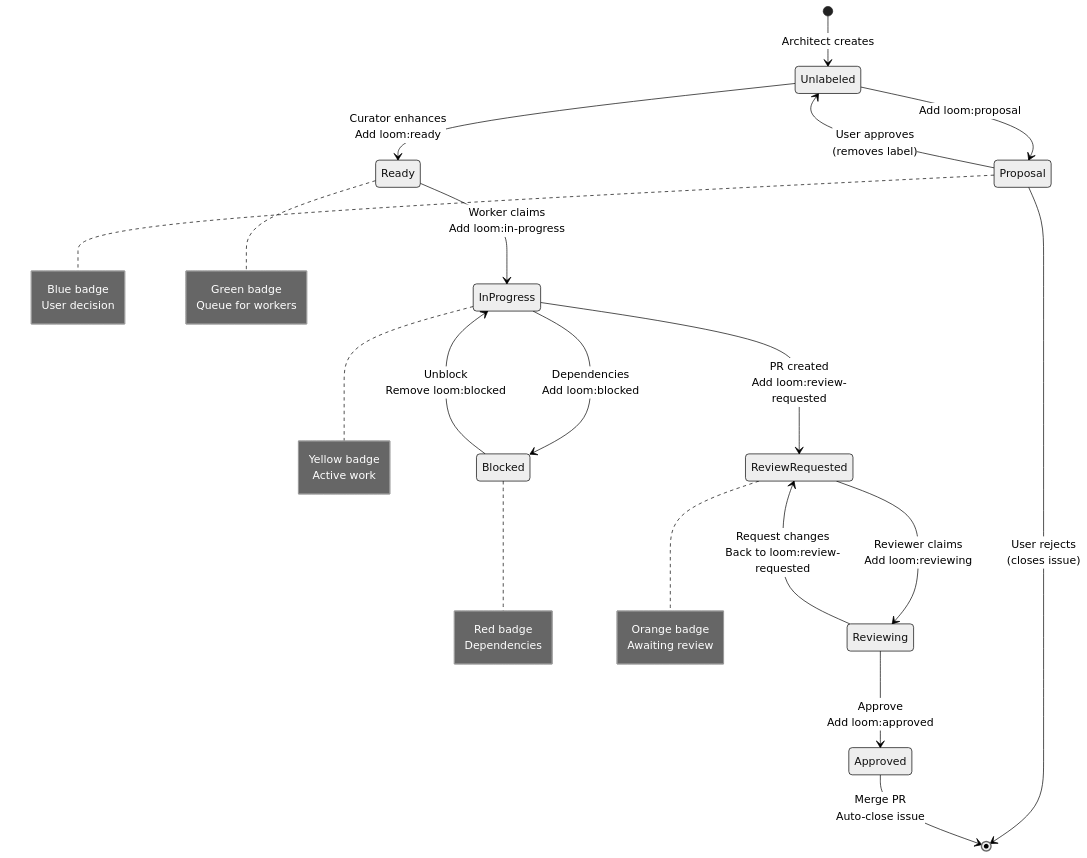
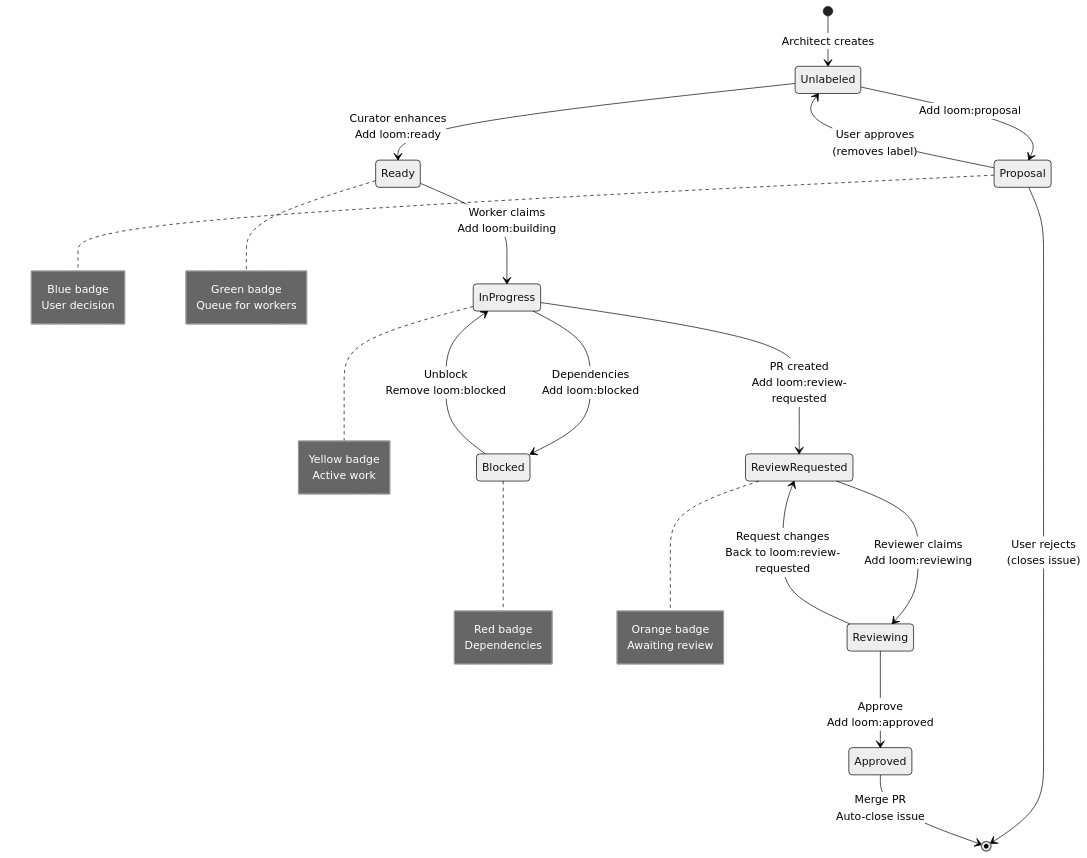
One commit to rjwalters/loom changed the seventh of 10 diagrams in docs/architecture/system-overview.md. Above: the diagram before and after it, drawn with Mermaid (neutral theme). The commit also changed other lines of this file and 47 other files, not shown here.

````diff
--- a/docs/architecture/system-overview.md
+++ b/docs/architecture/system-overview.md
@@ -297,22 +297,22 @@
 ```mermaid
 stateDiagram-v2
     [*] --> Unlabeled: Architect creates
     Unlabeled --> Proposal: Add loom:proposal
     Proposal --> Unlabeled: User approves<br/>(removes label)
     Proposal --> [*]: User rejects<br/>(closes issue)
     Unlabeled --> Ready: Curator enhances<br/>Add loom:ready
-    Ready --> InProgress: Worker claims<br/>Add loom:in-progress
+    Ready --> InProgress: Worker claims<br/>Add loom:building
     InProgress --> Blocked: Dependencies<br/>Add loom:blocked
     Blocked --> InProgress: Unblock<br/>Remove loom:blocked
     InProgress --> ReviewRequested: PR created<br/>Add loom:review-requested
     ReviewRequested --> Reviewing: Reviewer claims<br/>Add loom:reviewing
     Reviewing --> ReviewRequested: Request changes<br/>Back to loom:review-requested
     Reviewing --> Approved: Approve<br/>Add loom:approved
     Approved --> [*]: Merge PR<br/>Auto-close issue
 
     note right of Proposal: Blue badge<br/>User decision
     note right of Ready: Green badge<br/>Queue for workers
     note right of InProgress: Yellow badge<br/>Active work
     note right of Blocked: Red badge<br/>Dependencies
     note right of ReviewRequested: Orange badge<br/>Awaiting review
 ```
````
